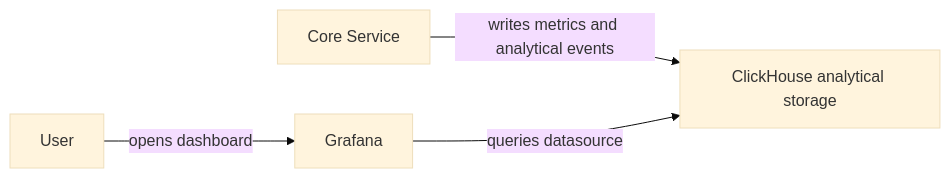
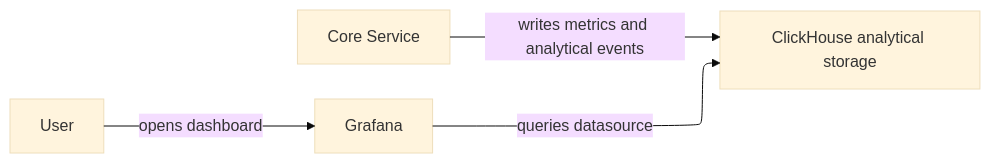
Before and after one commit to MTXIK/container-monitoring: diagram 19 of 24 in docs/uml-diagrams.md, drawn with Mermaid (base theme). The commit also changed other lines of this file, not shown here.

Commit message:
update diagrams

````diff
--- a/docs/uml-diagrams.md
+++ b/docs/uml-diagrams.md
@@ -587,11 +644,12 @@
 ```mermaid
+%%{init: {"flowchart": {"defaultRenderer": "elk"}} }%%
 flowchart LR
     Core["Core Service"]
     ClickHouse["ClickHouse analytical storage"]
     Grafana["Grafana"]
     User["User"]
 
     Core -->|writes metrics and analytical events| ClickHouse
     Grafana -->|queries datasource| ClickHouse
     User -->|opens dashboard| Grafana
 ```
````
